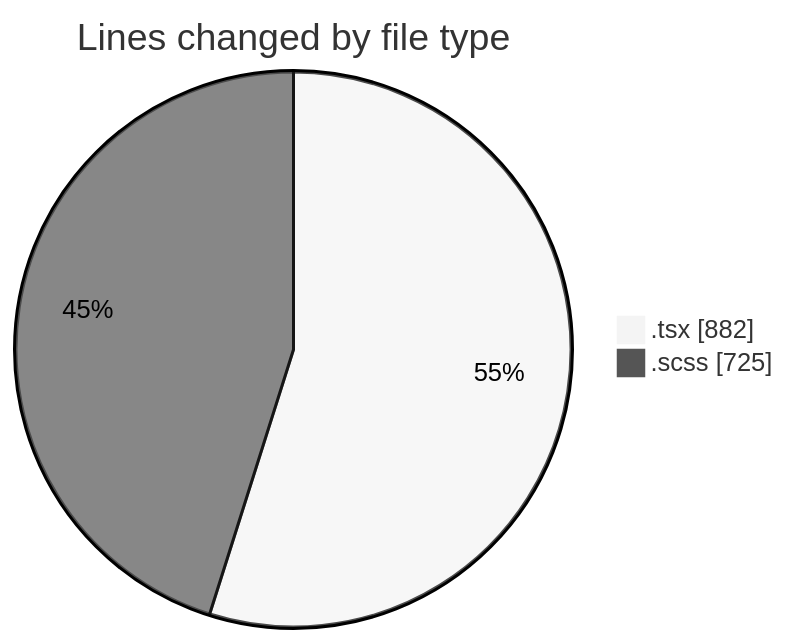
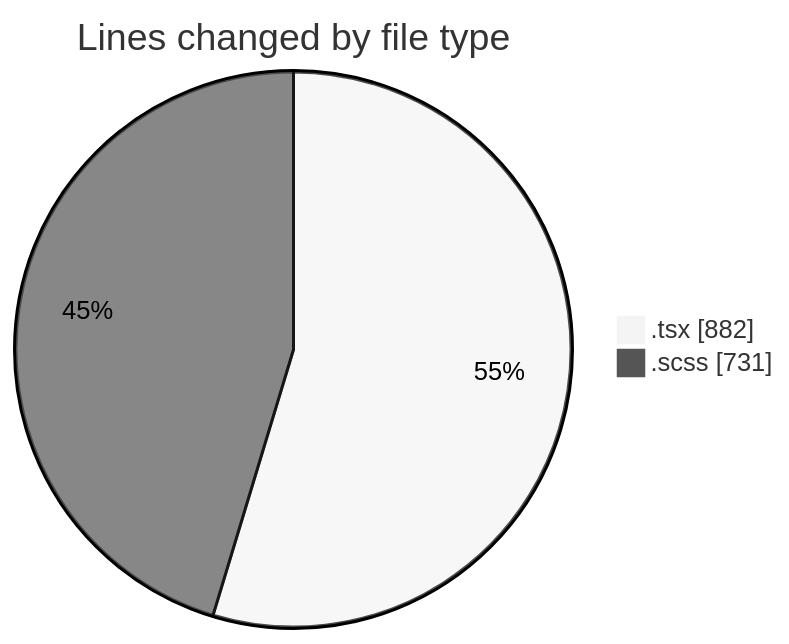
Before and after one commit to momahboobian/code-tracking: the first of 2 diagrams in 2025-10-06/cda/README.md, drawn with Mermaid (neutral theme). The commit also changed other lines of this file and 1 other file, not shown here.

````diff
--- a/2025-10-06/cda/README.md
+++ b/2025-10-06/cda/README.md
@@ -24,6 +24,6 @@
 ```mermaid
 pie showData
 title Lines changed by file type
 ".tsx" : 882
-".scss" : 725
+".scss" : 731
 ```
````
